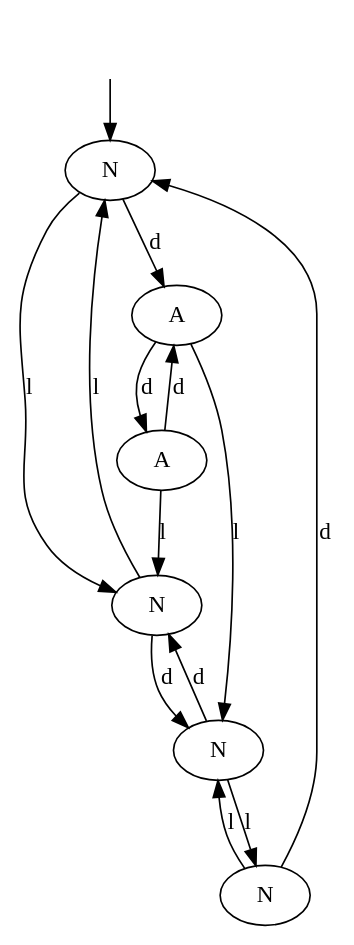
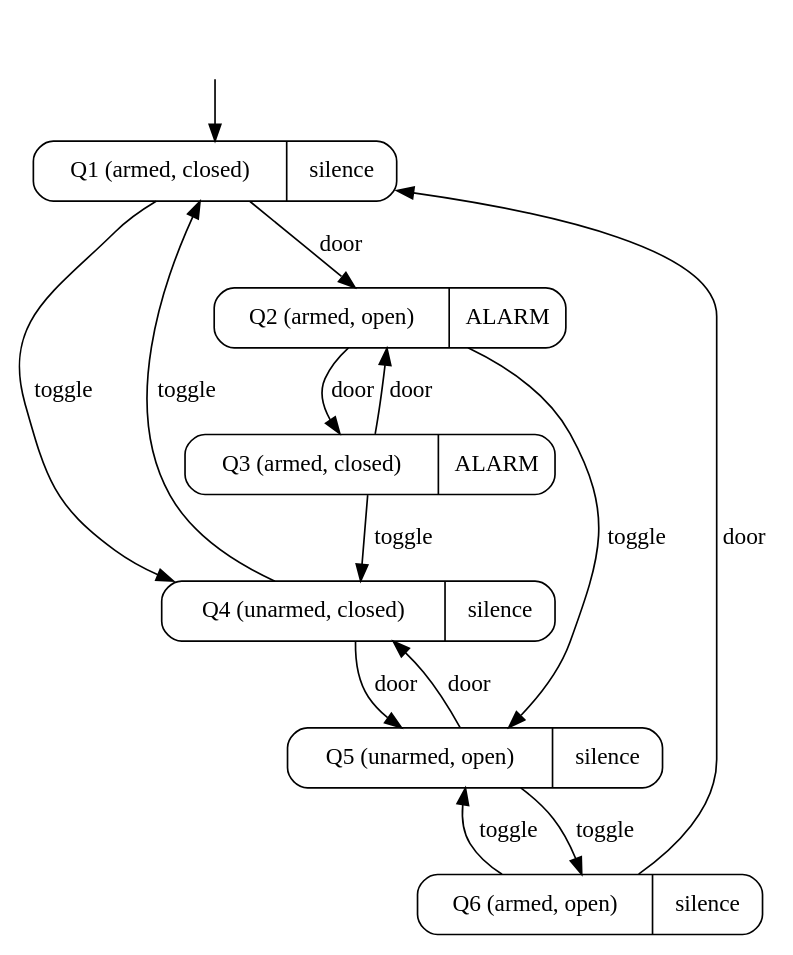
Before and after one commit to MaxiSchwindler/active-pmsat-inference-wip: the diagram in example_automata/moore/canonical_examples/car_alarm.dot, drawn with Graphviz. The commit also changed other lines of this file and 4 other files, not shown here.

```diff
--- a/example_automata/moore/canonical_examples/car_alarm.dot
+++ b/example_automata/moore/canonical_examples/car_alarm.dot
@@ -1,22 +1,22 @@
 digraph car_alarm {
-q1_locked_closed [label="N"];
-q2_locked_open [label="A"];
-q3_locked_closed [label="A"];
-q5_unlocked_closed [label="N"];
-q6_unlocked_open [label="N"];
-q7_locked_open [label="N"];
-q1_locked_closed -> q2_locked_open  [label="d"];
-q1_locked_closed -> q5_unlocked_closed  [label="l"];
-q2_locked_open -> q3_locked_closed  [label="d"];
-q2_locked_open -> q6_unlocked_open  [label="l"];
-q3_locked_closed -> q2_locked_open  [label="d"];
-q3_locked_closed -> q5_unlocked_closed  [label="l"];
-q5_unlocked_closed -> q6_unlocked_open  [label="d"];
-q5_unlocked_closed -> q1_locked_closed  [label="l"];
-q6_unlocked_open -> q5_unlocked_closed  [label="d"];
-q6_unlocked_open -> q7_locked_open  [label="l"];
-q7_locked_open -> q1_locked_closed  [label="d"];
-q7_locked_open -> q6_unlocked_open  [label="l"];
+q1_locked_closed [label="Q1 (armed, closed) | silence", shape=record, style=rounded];
+q2_locked_open [label="Q2 (armed, open) | ALARM", shape=record, style=rounded];
+q3_locked_closed [label="Q3 (armed, closed) | ALARM", shape=record, style=rounded];
+q5_unlocked_closed [label="Q4 (unarmed, closed) | silence", shape=record, style=rounded];
+q6_unlocked_open [label="Q5 (unarmed, open) | silence", shape=record, style=rounded];
+q7_locked_open [label="Q6 (armed, open) | silence", shape=record, style=rounded];
+q1_locked_closed -> q2_locked_open  [label="door"];
+q1_locked_closed -> q5_unlocked_closed  [label="toggle"];
+q2_locked_open -> q3_locked_closed  [label="door"];
+q2_locked_open -> q6_unlocked_open  [label="toggle"];
+q3_locked_closed -> q2_locked_open  [label="door"];
+q3_locked_closed -> q5_unlocked_closed  [label="toggle"];
+q5_unlocked_closed -> q6_unlocked_open  [label="door"];
+q5_unlocked_closed -> q1_locked_closed  [label="toggle"];
+q6_unlocked_open -> q5_unlocked_closed  [label="door"];
+q6_unlocked_open -> q7_locked_open  [label="toggle"];
+q7_locked_open -> q1_locked_closed  [label="door"];
+q7_locked_open -> q6_unlocked_open  [label="toggle"];
 __start0 [label="", shape=none];
 __start0 -> q1_locked_closed  [label=""];
 }
```
